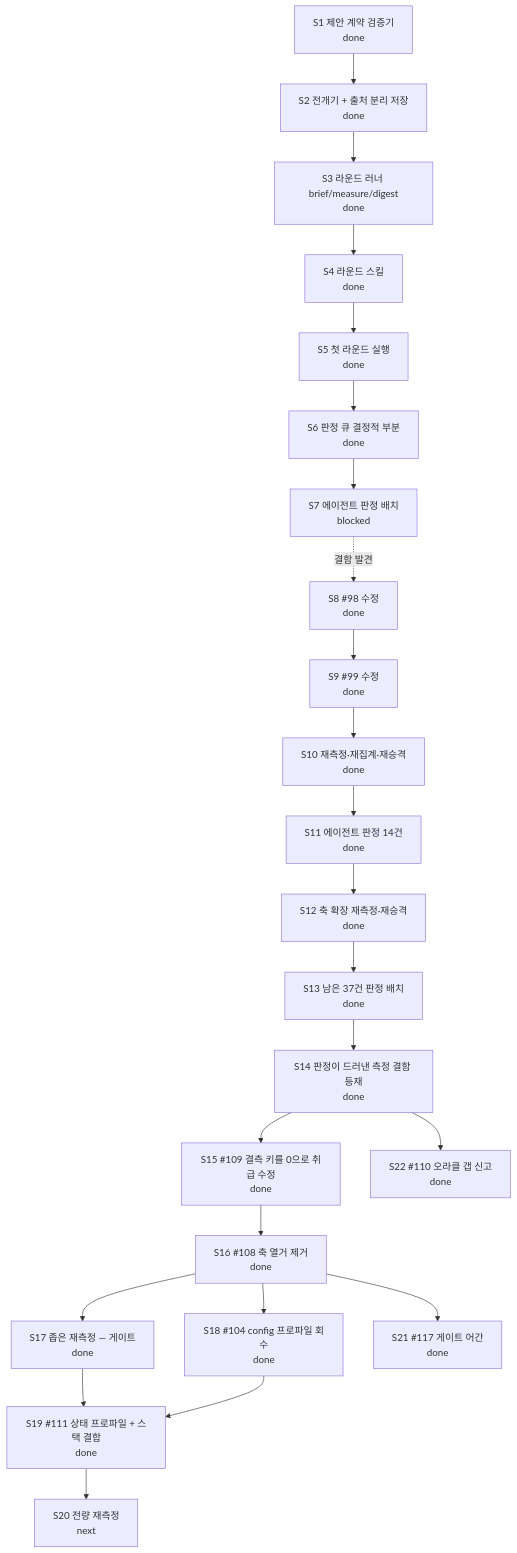
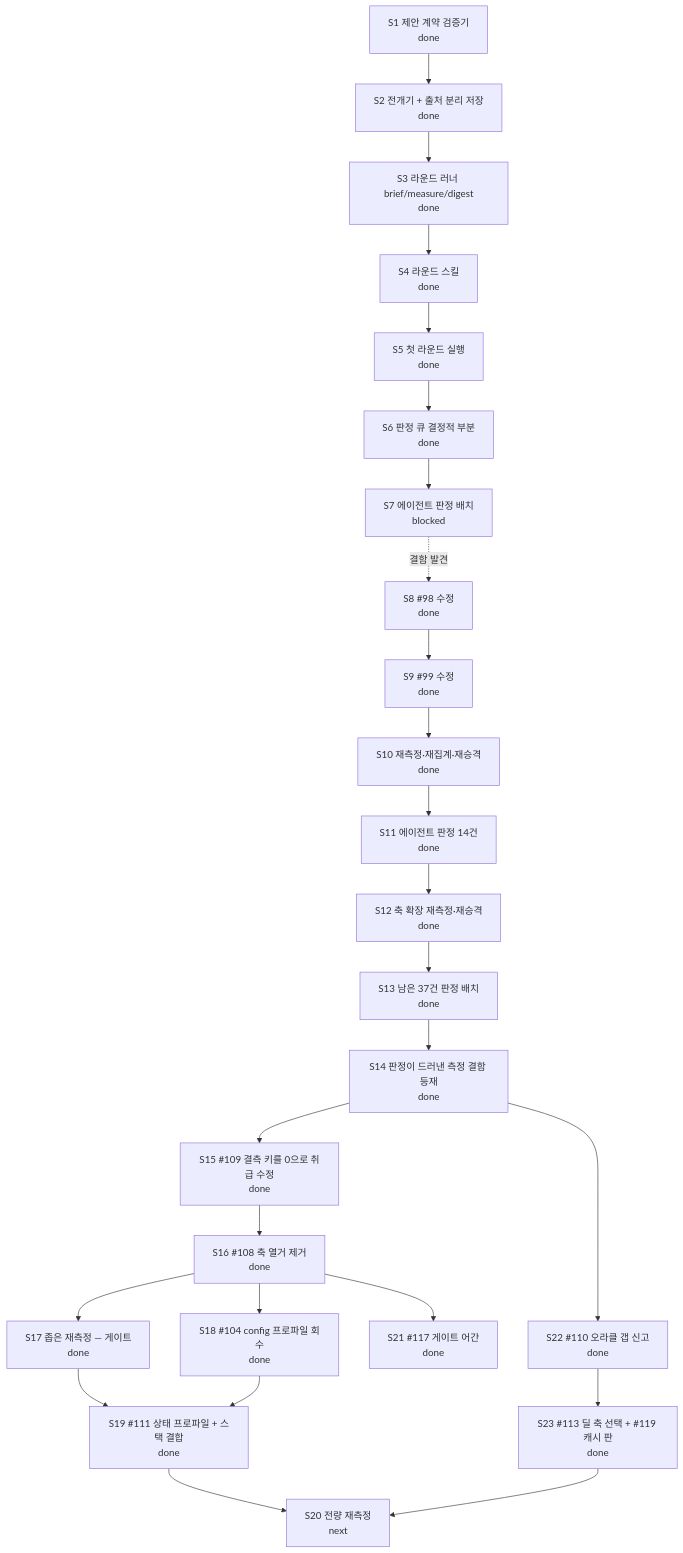
One commit to skerfolg/poe2-ai-wiki changed the diagram in docs/CURRENT-PLAN.md. Above: the diagram before and after it, drawn with Mermaid. The commit also changed other lines of this file and 10 other files, not shown here.

````diff
--- a/docs/CURRENT-PLAN.md
+++ b/docs/CURRENT-PLAN.md
@@ -23,31 +23,33 @@
 ```mermaid
 flowchart TD
   CONTRACT[S1 제안 계약 검증기<br/>done]
   FLOW[S2 전개기 + 출처 분리 저장<br/>done]
   ROUND[S3 라운드 러너 brief/measure/digest<br/>done]
   SKILL[S4 라운드 스킬<br/>done]
   FIRST[S5 첫 라운드 실행<br/>done]
   NECESS[S6 판정 큐 결정적 부분<br/>done]
   JUDGE[S7 에이전트 판정 배치<br/>blocked]
   FIX[S8 #98 수정<br/>done]
   REMEAS[S9 #99 수정<br/>done]
   REAGG[S10 재측정·재집계·재승격<br/>done]
   RESUME[S11 에이전트 판정 14건<br/>done]
   AXES[S12 축 확장 재측정·재승격<br/>done]
   NEXT2[S13 남은 37건 판정 배치<br/>done]
   DEF[S14 판정이 드러낸 측정 결함 등재<br/>done]
   FIXDELTA[S15 #109 결측 키를 0으로 취급 수정<br/>done]
   WIDEN[S16 #108 축 열거 제거<br/>done]
   NARROW[S17 좁은 재측정 — 게이트<br/>done]
   CFG[S18 #104 config 프로파일 회수<br/>done]
   CPL[S19 #111 상태 프로파일 + 스택 결합<br/>done]
   FULL[S20 전량 재측정<br/>next]
   STEM[S21 #117 게이트 어간<br/>done]
   ORACLE[S22 #110 오라클 갭 신고<br/>done]
+  AXIS[S23 #113 딜 축 선택 + #119 캐시 판<br/>done]
   CONTRACT --> FLOW --> ROUND --> SKILL --> FIRST --> NECESS --> JUDGE
   JUDGE -. 결함 발견 .-> FIX --> REMEAS --> REAGG --> RESUME --> AXES --> NEXT2
   NEXT2 --> DEF --> FIXDELTA --> WIDEN --> NARROW --> CPL --> FULL
   WIDEN --> CFG --> CPL
   WIDEN --> STEM
   DEF --> ORACLE
+  ORACLE --> AXIS --> FULL
 ```
````
